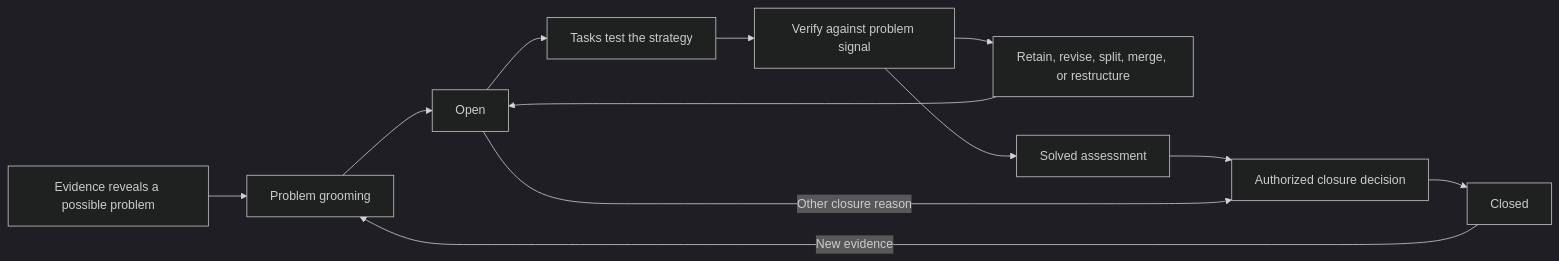
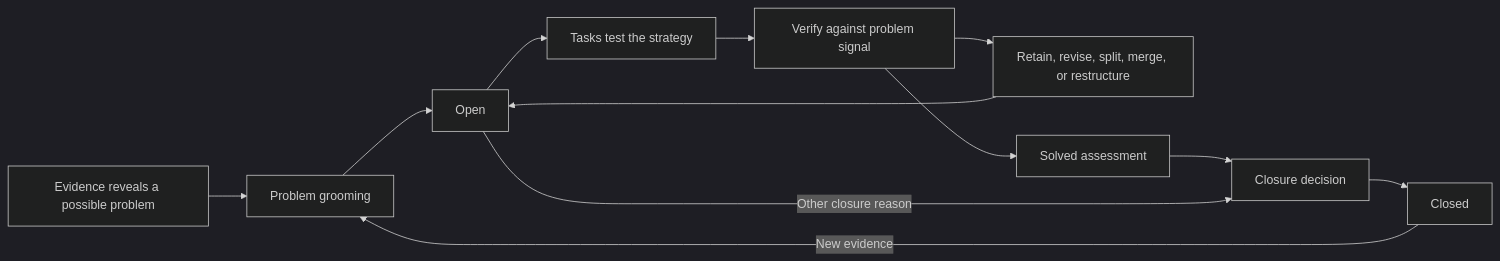
One commit to flooper68/adaptive-problem-solving-systems changed the second of 2 diagrams in framework/README.md. Above: the diagram before and after it, drawn with Mermaid (dark theme). The commit also changed other lines of this file and 7 other files, not shown here.

````diff
--- a/framework/README.md
+++ b/framework/README.md
@@ -351,14 +351,14 @@
 ```mermaid
 flowchart LR
     evidence["Evidence reveals a possible problem"] --> grooming["Problem grooming"]
     grooming --> open["Open"]
     open --> tasks["Tasks test the strategy"]
     tasks --> verification["Verify against problem signal"]
     verification --> revise["Retain, revise, split, merge, or restructure"]
     revise --> open
     verification --> solved["Solved assessment"]
-    solved --> closure["Authorized closure decision"]
+    solved --> closure["Closure decision"]
     open -->|"Other closure reason"| closure
     closure --> closed["Closed"]
     closed -->|"New evidence"| grooming
 ```
````
